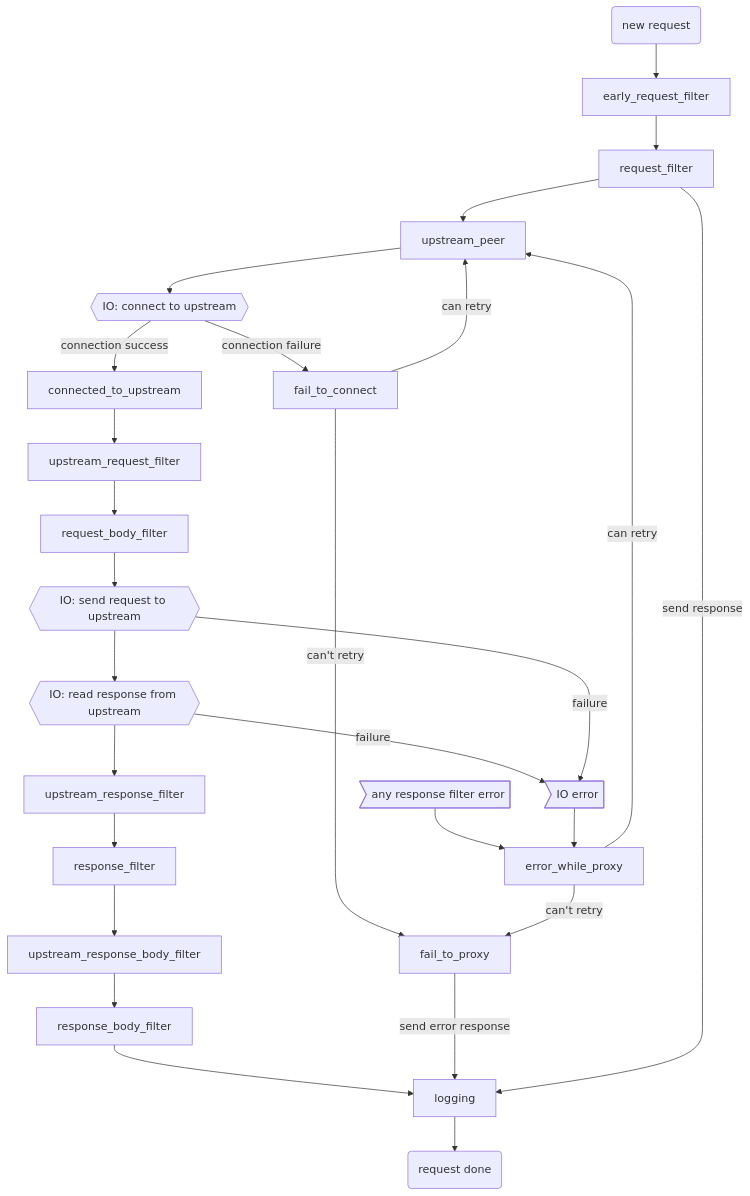
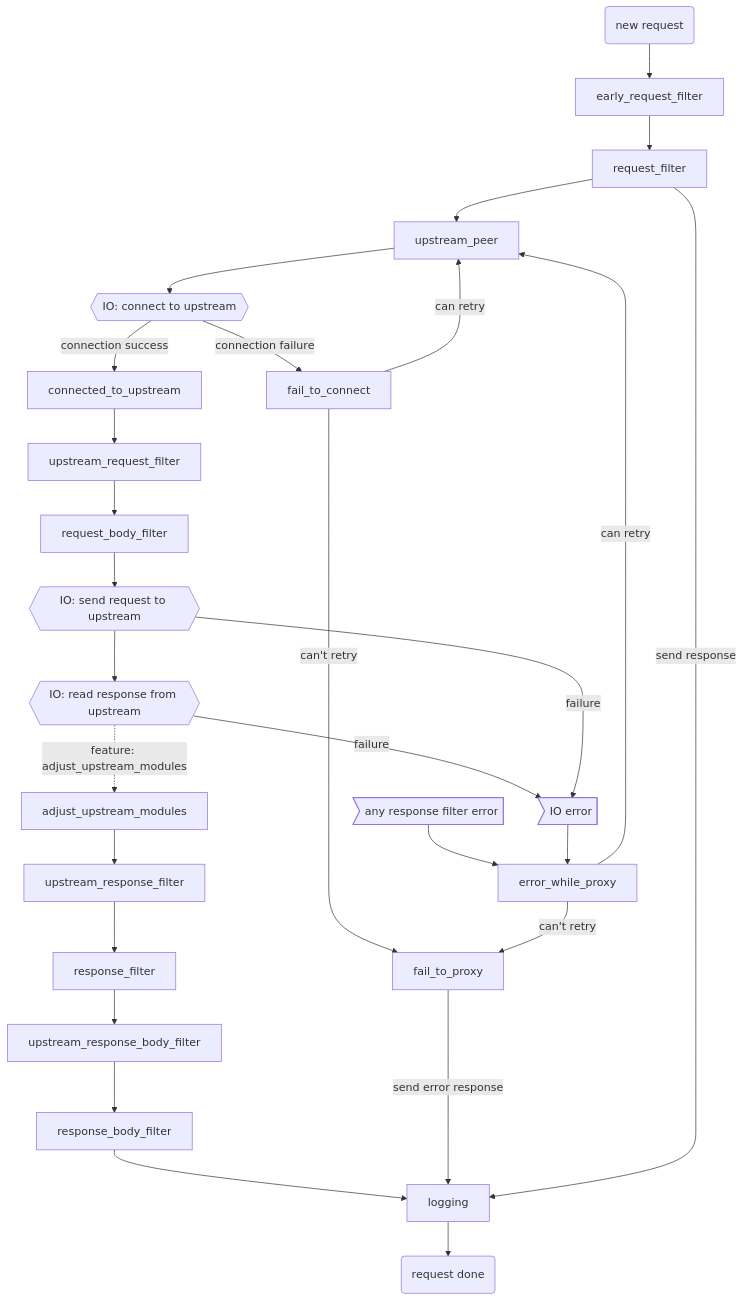
The diagram in docs/user_guide/phase.md (cloudflare/pingora), drawn with Mermaid before and after one commit. The commit also changed other lines of this file and 8 other files, not shown here.

First line of the commit message:
Allow adjusting upstream modules on response header recv

````diff
--- a/docs/user_guide/phase.md
+++ b/docs/user_guide/phase.md
@@ -17,31 +17,32 @@
 ```mermaid
  graph TD;
     start("new request")-->early_request_filter;
     early_request_filter-->request_filter;
     request_filter-->upstream_peer;
 
     upstream_peer-->Connect{{IO: connect to upstream}};
 
     Connect--connection success-->connected_to_upstream;
     Connect--connection failure-->fail_to_connect;
 
     connected_to_upstream-->upstream_request_filter;
     upstream_request_filter --> request_body_filter;
     request_body_filter --> SendReq{{IO: send request to upstream}};
     SendReq-->RecvResp{{IO: read response from upstream}};
-    RecvResp-->upstream_response_filter-->response_filter-->upstream_response_body_filter-->response_body_filter-->logging-->endreq("request done");
+    RecvResp-.feature: adjust_upstream_modules.->adjust_upstream_modules;
+    adjust_upstream_modules-->upstream_response_filter-->response_filter-->upstream_response_body_filter-->response_body_filter-->logging-->endreq("request done");
 
     fail_to_connect --can retry-->upstream_peer;
     fail_to_connect --can't retry-->fail_to_proxy--send error response-->logging;
 
     RecvResp--failure-->IOFailure;
     SendReq--failure-->IOFailure;
     error_while_proxy--can retry-->upstream_peer;
     error_while_proxy--can't retry-->fail_to_proxy;
 
     request_filter --send response-->logging
 
 
     Error>any response filter error]-->error_while_proxy
     IOFailure>IO error]-->error_while_proxy
 ```
````
